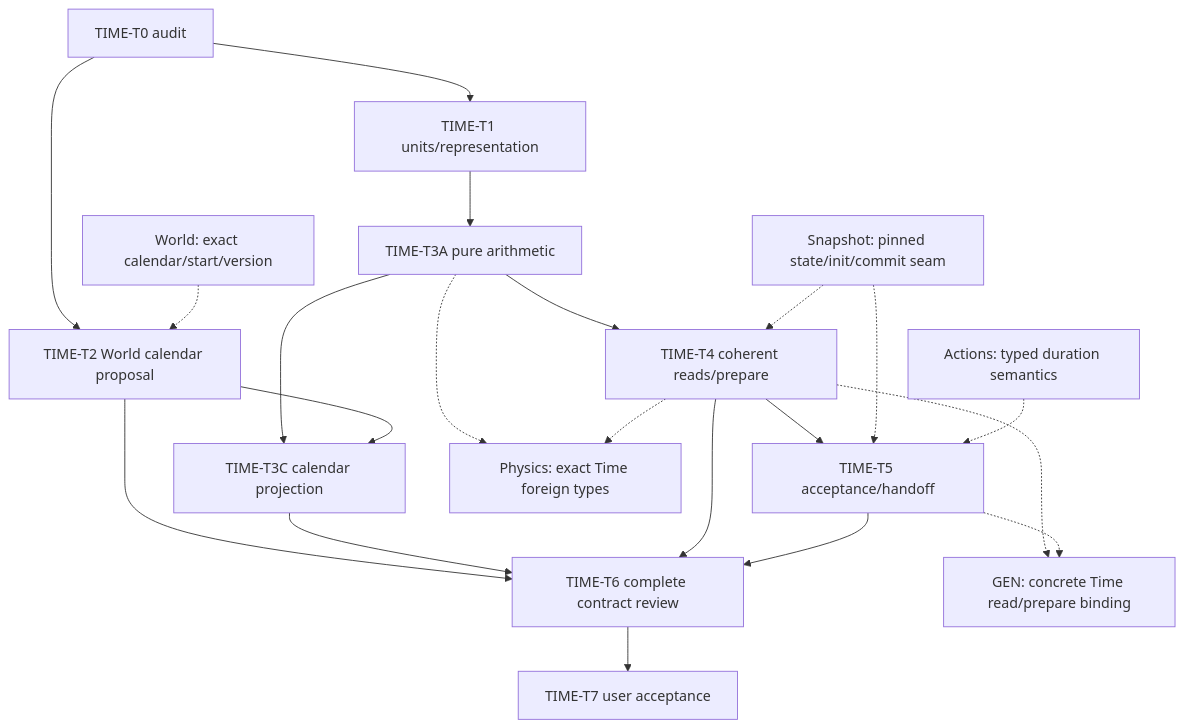
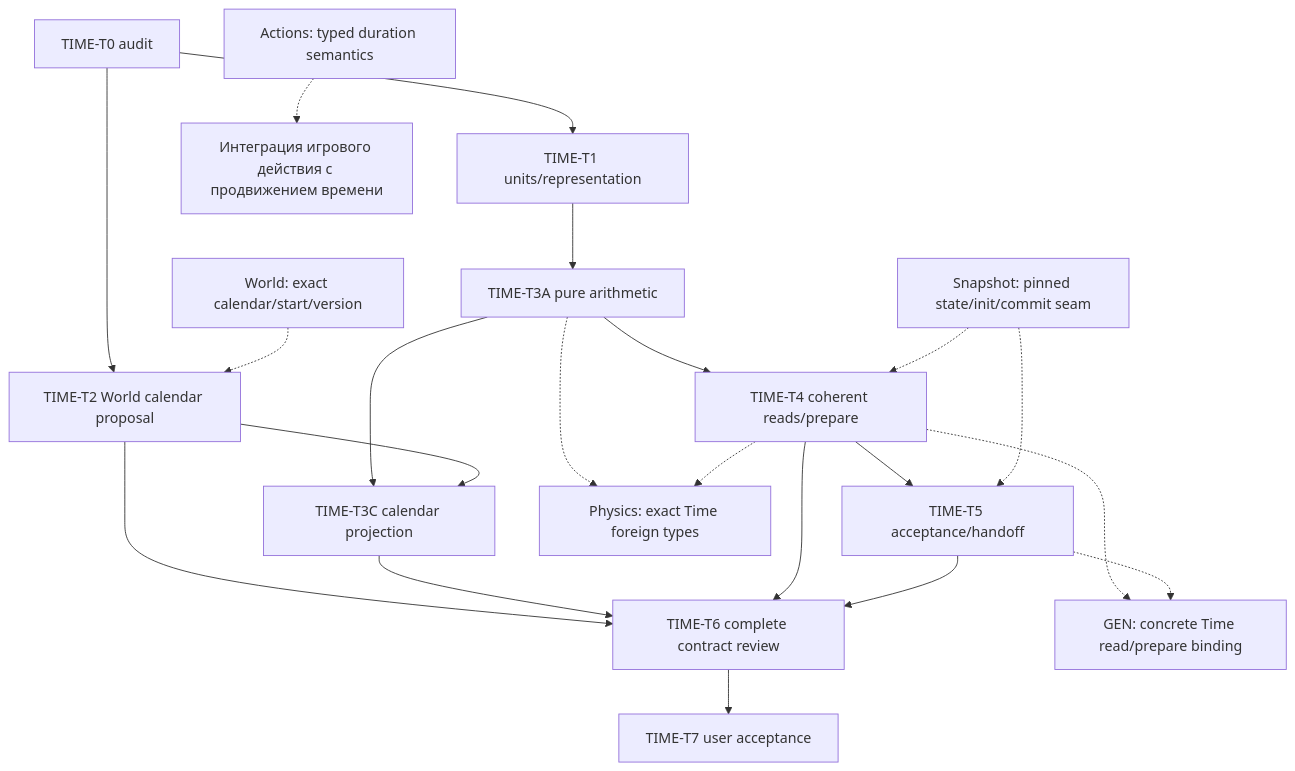
One commit to AndrewBondaren/AI-Project changed the fifth of 6 diagrams in .cursor/plans/world-generation-plan-dependency-graph.md. Above: the diagram before and after it, drawn with Mermaid. The commit also changed other lines of this file and 137 other files, not shown here.

````diff
--- a/.cursor/plans/world-generation-plan-dependency-graph.md
+++ b/.cursor/plans/world-generation-plan-dependency-graph.md
@@ -690,23 +692,23 @@
 ```mermaid
 flowchart TD
     T0["TIME-T0 audit"] --> T1["TIME-T1 units/representation"]
     T0 --> T2["TIME-T2 World calendar proposal"]
     T1 --> T3A["TIME-T3A pure arithmetic"]
     T3A --> T3C["TIME-T3C calendar projection"]
     T2 --> T3C
     T3A --> T4["TIME-T4 coherent reads/prepare"]
     T4 --> T5["TIME-T5 acceptance/handoff"]
     T2 --> T6["TIME-T6 complete contract review"]
     T3C --> T6
     T4 --> T6
     T5 --> T6
     T6 --> T7["TIME-T7 user acceptance"]
     W["World: exact calendar/start/version"] -.-> T2
     S["Snapshot: pinned state/init/commit seam"] -.-> T4
     S -.-> T5
-    A["Actions: typed duration semantics"] -.-> T5
+    A["Actions: typed duration semantics"] -.-> AC["Интеграция игрового действия с продвижением времени"]
     T3A -.-> PH["Physics: exact Time foreign types"]
     T4 -.-> PH
     T4 -.-> GEN["GEN: concrete Time read/prepare binding"]
     T5 -.-> GEN
 ```
````
